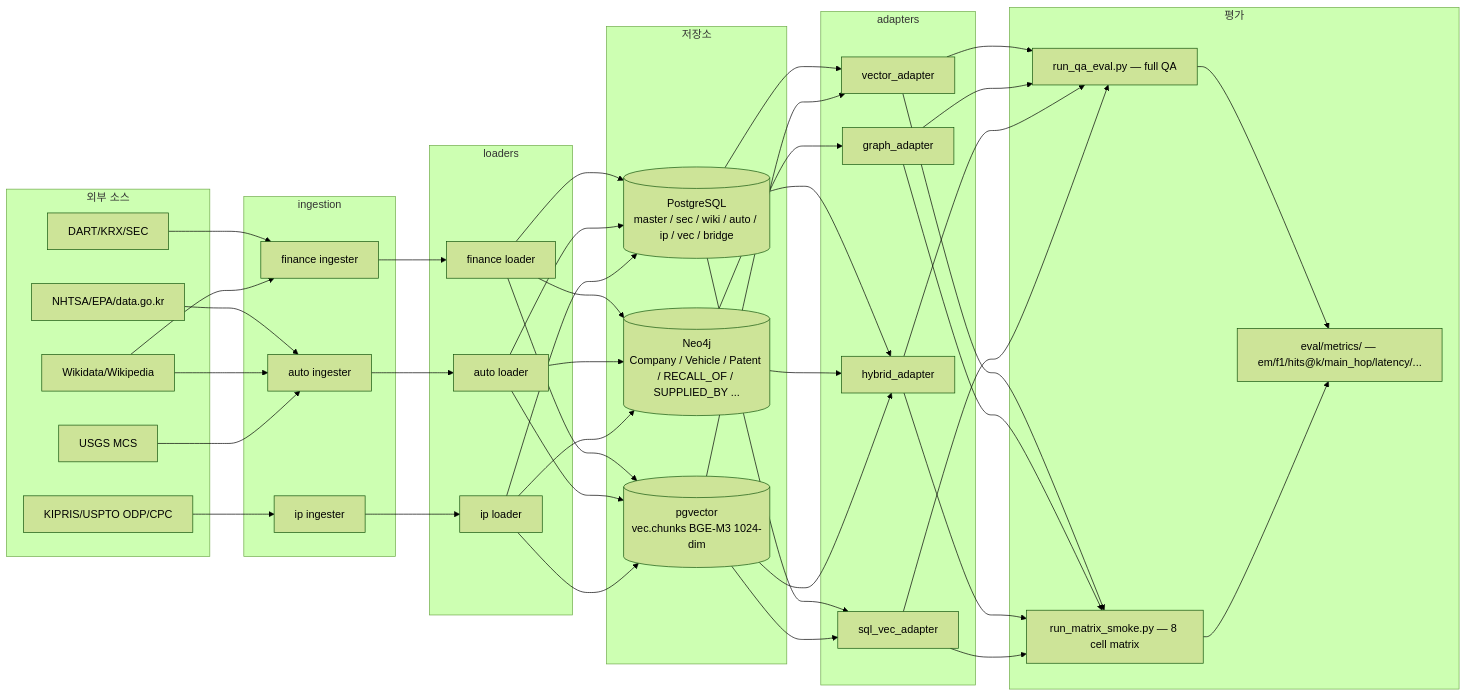
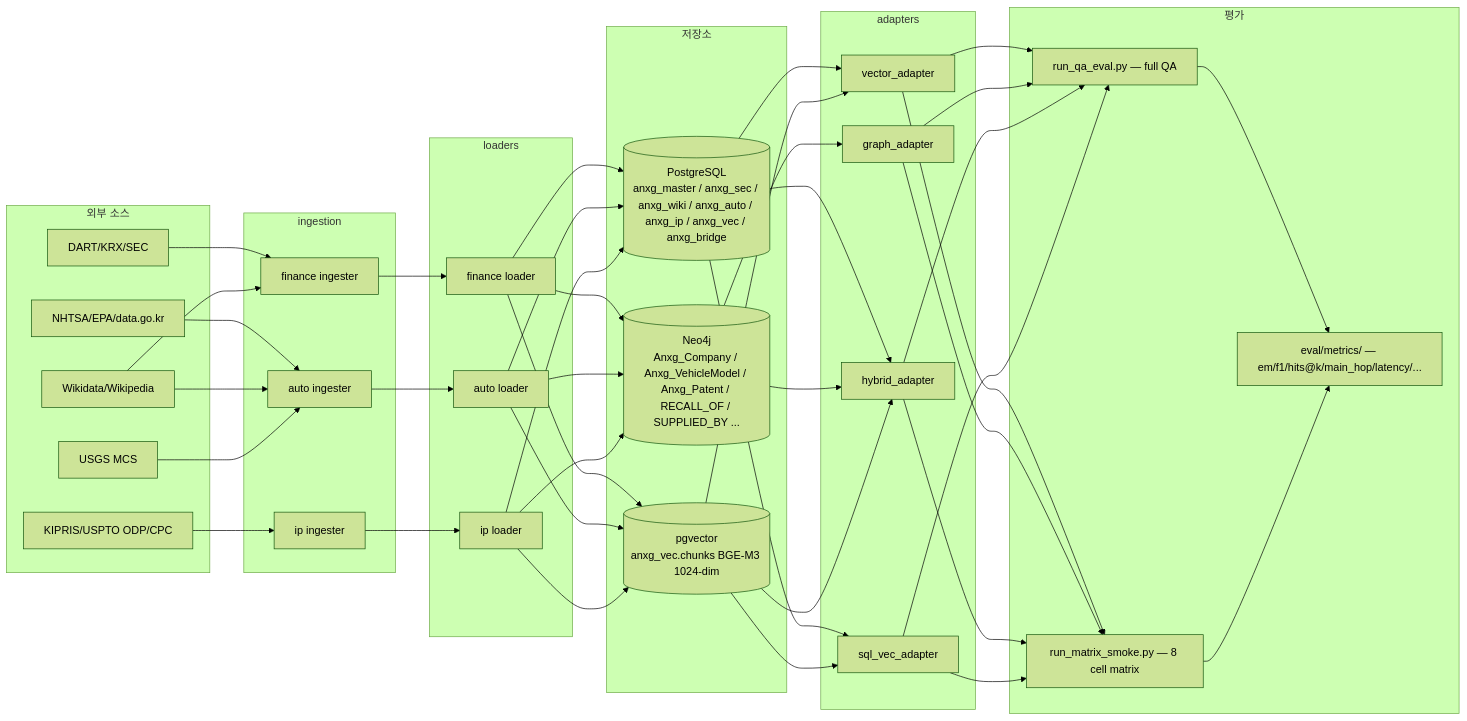
The second of 3 diagrams in docs/architecture.md (areumsim/AutoNexusGraph), drawn with Mermaid (forest theme) before and after one commit. The commit also changed 2 other files, not shown here.

Commit message:
fix(loaders,migrate,docs): kamp conn leak + relabel 인덱스 drop + mermaid 동기화
본 세션 namespace 격리 검토 중 발견한 3 건의 잡다 후속 fix.

## 1. load_kamp_catalog.upsert_pg conn leak
`get_connection()` 성공 후 to_regclass NULL 경로(`return 0`) 와 fail-soft 경로
모두에서 conn.close() 누락 → psycopg2 connection 누수. try/finally 정렬로
경로 무관 close 보장.

## 2. relabel_neo4j_namespace.py 보강
- SHOW INDEXES 로 orphan index 도 drop (기존엔 constraint 만 drop, 인덱스 잔존).
- APOC 부재 분기에 100k 노드 초과 시 단일 TX 위험 경고 log + docstring 명시.
- 운영 권장사항: 대용량은 apoc.periodic.iterate 사용 가능 환경 권장.

## 3. docs/architecture.md mermaid 다이어그램 (L156-158)
§4.4 본문은 `anxg_<schema>` / `Anxg_<Label>` 로 갱신됐으나 다이어그램만 미동기.
- PostgreSQL: master/sec/wiki/auto/ip/vec/bridge → anxg_master/... 7종 동기.
- Neo4j: Company/Vehicle/Patent → Anxg_Company/Anxg_VehicleModel/Anxg_Patent.
- pgvector: vec.chunks → anxg_vec.chunks.

## 검증
- 전체 1116 passed (test_supervisor 제외).

````diff
--- a/docs/architecture.md
+++ b/docs/architecture.md
@@ -133,53 +133,53 @@
 ```mermaid
 flowchart LR
     subgraph S[외부 소스]
         DART[DART/KRX/SEC]
         NHTSA[NHTSA/EPA/data.go.kr]
         KIPRIS[KIPRIS/USPTO ODP/CPC]
         WIKI[Wikidata/Wikipedia]
         USGS[USGS MCS]
     end
 
     subgraph I[ingestion]
         IF[finance ingester]
         IA[auto ingester]
         II[ip ingester]
     end
 
     subgraph L[loaders]
         LF[finance loader]
         LA[auto loader]
         LI[ip loader]
     end
 
     subgraph DB[저장소]
-        PG[(PostgreSQL<br/>master / sec / wiki / auto / ip / vec / bridge)]
-        NEO[(Neo4j<br/>Company / Vehicle / Patent / RECALL_OF / SUPPLIED_BY ...)]
-        VEC[(pgvector<br/>vec.chunks BGE-M3 1024-dim)]
+        PG[(PostgreSQL<br/>anxg_master / anxg_sec / anxg_wiki / anxg_auto / anxg_ip / anxg_vec / anxg_bridge)]
+        NEO[(Neo4j<br/>Anxg_Company / Anxg_VehicleModel / Anxg_Patent / RECALL_OF / SUPPLIED_BY ...)]
+        VEC[(pgvector<br/>anxg_vec.chunks BGE-M3 1024-dim)]
     end
 
     subgraph A[adapters]
         AVE[vector_adapter]
         AGR[graph_adapter]
         AHY[hybrid_adapter]
         ASV[sql_vec_adapter]
     end
 
     subgraph E[평가]
         RFQ[run_qa_eval.py — full QA]
         RMS[run_matrix_smoke.py — 8 cell matrix]
         MET[eval/metrics/ — em/f1/hits@k/main_hop/latency/...]
     end
 
     DART --> IF; NHTSA --> IA; KIPRIS --> II; WIKI --> IF; WIKI --> IA; USGS --> IA
     IF --> LF; IA --> LA; II --> LI
     LF --> PG; LF --> NEO; LF --> VEC
     LA --> PG; LA --> NEO; LA --> VEC
     LI --> PG; LI --> NEO; LI --> VEC
     PG --> AVE; PG --> AHY; PG --> ASV
     NEO --> AGR; NEO --> AHY
     VEC --> AVE; VEC --> AHY; VEC --> ASV
     AVE --> RFQ; AGR --> RFQ; AHY --> RFQ; ASV --> RFQ
     AVE --> RMS; AGR --> RMS; AHY --> RMS; ASV --> RMS
     RFQ --> MET; RMS --> MET
 ```
````
